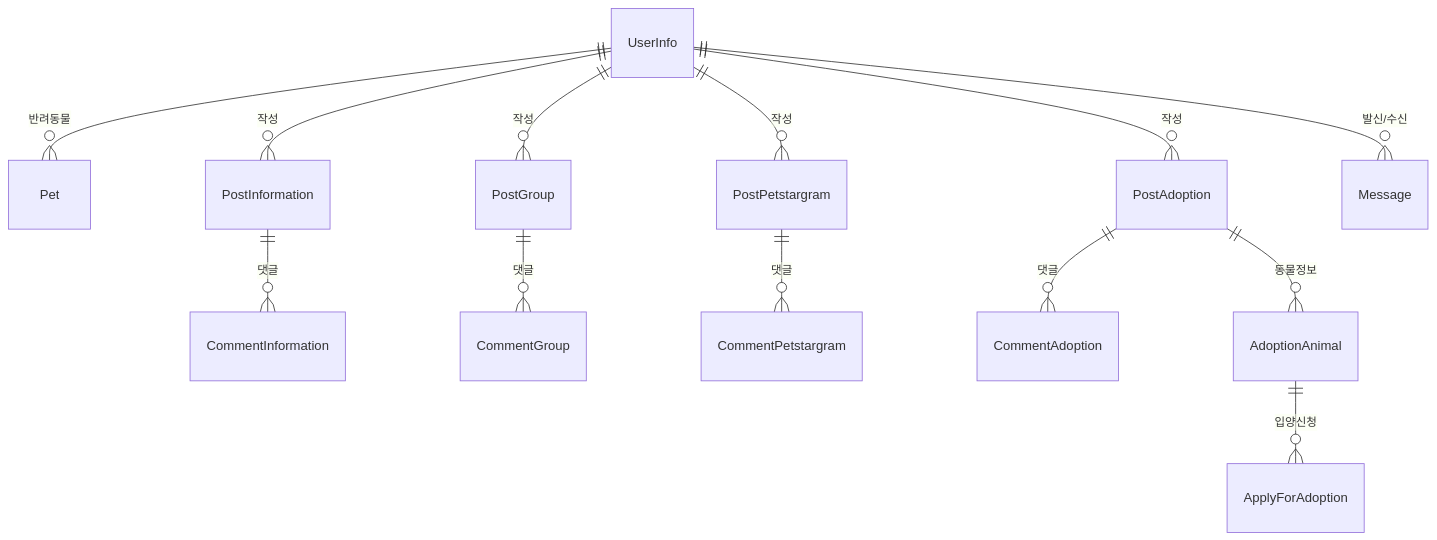
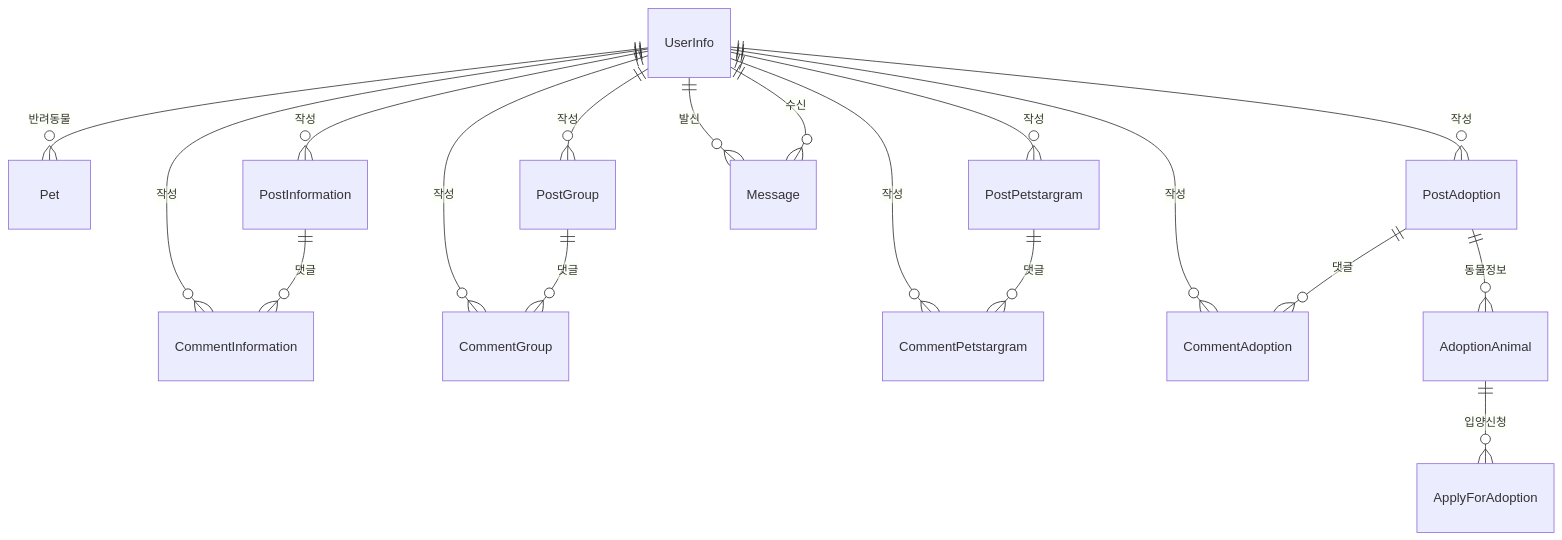
The diagram in README.md (sondahyun/petmunity), drawn with Mermaid before and after one commit.

Commit message:
[ALL] docs: ERD에 댓글 작성자(UserInfo) 관계 추가 및 쪽지 발신/수신 분리

````diff
--- a/README.md
+++ b/README.md
@@ -185,15 +185,20 @@
 ```mermaid
 erDiagram
     UserInfo ||--o{ Pet : "반려동물"
     UserInfo ||--o{ PostInformation : "작성"
     UserInfo ||--o{ PostGroup : "작성"
     UserInfo ||--o{ PostPetstargram : "작성"
     UserInfo ||--o{ PostAdoption : "작성"
-    UserInfo ||--o{ Message : "발신/수신"
+    UserInfo ||--o{ CommentInformation : "작성"
+    UserInfo ||--o{ CommentGroup : "작성"
+    UserInfo ||--o{ CommentPetstargram : "작성"
+    UserInfo ||--o{ CommentAdoption : "작성"
+    UserInfo ||--o{ Message : "발신"
+    UserInfo ||--o{ Message : "수신"
     PostInformation ||--o{ CommentInformation : "댓글"
     PostGroup ||--o{ CommentGroup : "댓글"
     PostPetstargram ||--o{ CommentPetstargram : "댓글"
     PostAdoption ||--o{ CommentAdoption : "댓글"
     PostAdoption ||--o{ AdoptionAnimal : "동물정보"
     AdoptionAnimal ||--o{ ApplyForAdoption : "입양신청"
 ```
````
